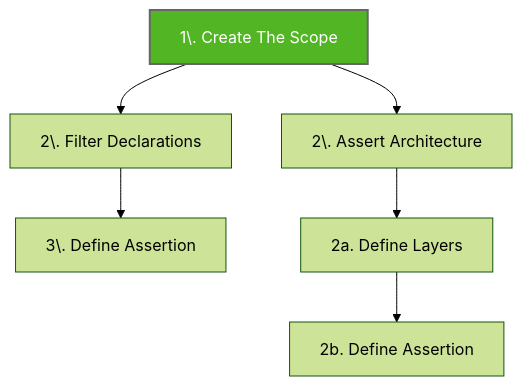
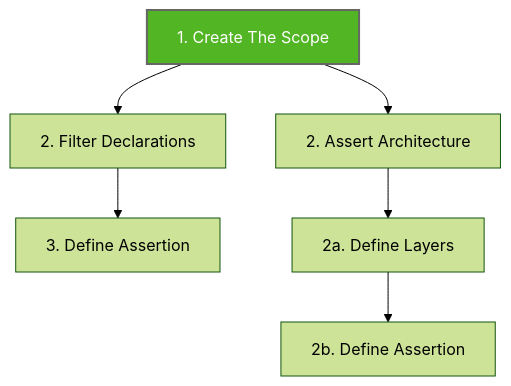
The first of 2 diagrams in writing-tests/koscope.md (LemonAppDev/konsist-documentation), drawn with Mermaid before and after one commit. The commit also changed 6 other files, not shown here.

First line of the commit message:
Remove escaped dots from numbered Mermaid labels (#135)

````diff
--- a/writing-tests/koscope.md
+++ b/writing-tests/koscope.md
@@ -13,13 +13,13 @@
 ```mermaid
 %%{init: {'theme':'forest'}}%%
 flowchart TB
-    Step1["1\. Create The Scope"] --> StepD2
-    Step1["1\. Create The Scope"]-->StepA2
-    StepD2["2\. Filter Declarations"] --> StepD3
-    StepD3["3\. Define Assertion"]
-    StepA2["2\. Assert Architecture"] --> StepA3
+    Step1["1. Create The Scope"] --> StepD2
+    Step1["1. Create The Scope"]-->StepA2
+    StepD2["2. Filter Declarations"] --> StepD3
+    StepD3["3. Define Assertion"]
+    StepA2["2. Assert Architecture"] --> StepA3
     StepA3["2a. Define Layers"] --> StepA4
     StepA4["2b. Define Assertion"]
     style Step1 fill:#52B523,stroke:#666,stroke-width:2px,color:#fff
 
 ```
````
